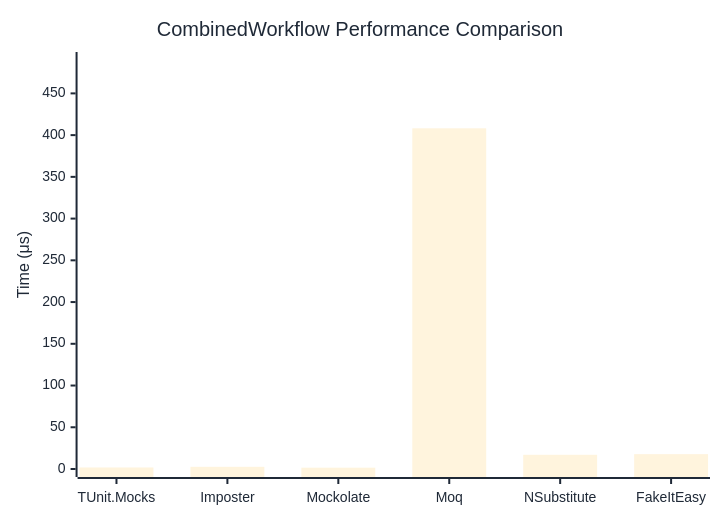
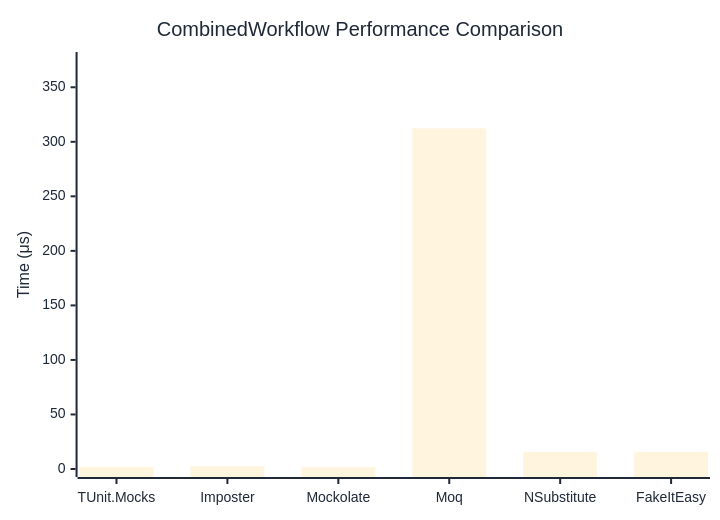
Before and after one commit to thomhurst/TUnit: the diagram in docs/docs/benchmarks/mocks/CombinedWorkflow.md, drawn with Mermaid. The commit also changed other lines of this file and 14 other files, not shown here.

````diff
--- a/docs/docs/benchmarks/mocks/CombinedWorkflow.md
+++ b/docs/docs/benchmarks/mocks/CombinedWorkflow.md
@@ -30,27 +30,27 @@
 ```mermaid
 %%{init: {
   'theme':'base',
   'themeVariables': {
     'primaryColor': '#2563eb',
     'primaryTextColor': '#1f2937',
     'primaryBorderColor': '#1e40af',
     'lineColor': '#6b7280',
     'secondaryColor': '#7c3aed',
     'tertiaryColor': '#dc2626',
     'background': '#ffffff',
     'pie1': '#2563eb',
     'pie2': '#7c3aed',
     'pie3': '#dc2626',
     'pie4': '#f59e0b',
     'pie5': '#10b981',
     'pie6': '#06b6d4',
     'pie7': '#ec4899',
     'pie8': '#6366f1'
   }
 }}%%
 xychart-beta
   title "CombinedWorkflow Performance Comparison"
   x-axis ["TUnit.Mocks", "Imposter", "Mockolate", "Moq", "NSubstitute", "FakeItEasy"]
-  y-axis "Time (μs)" 0 --> 490
-  bar [1.812, 2.606, 1.58, 408.155, 17.021, 17.792]
+  y-axis "Time (μs)" 0 --> 375
+  bar [1.939, 2.603, 1.655, 312.287, 15.787, 15.759]
 ```
````
